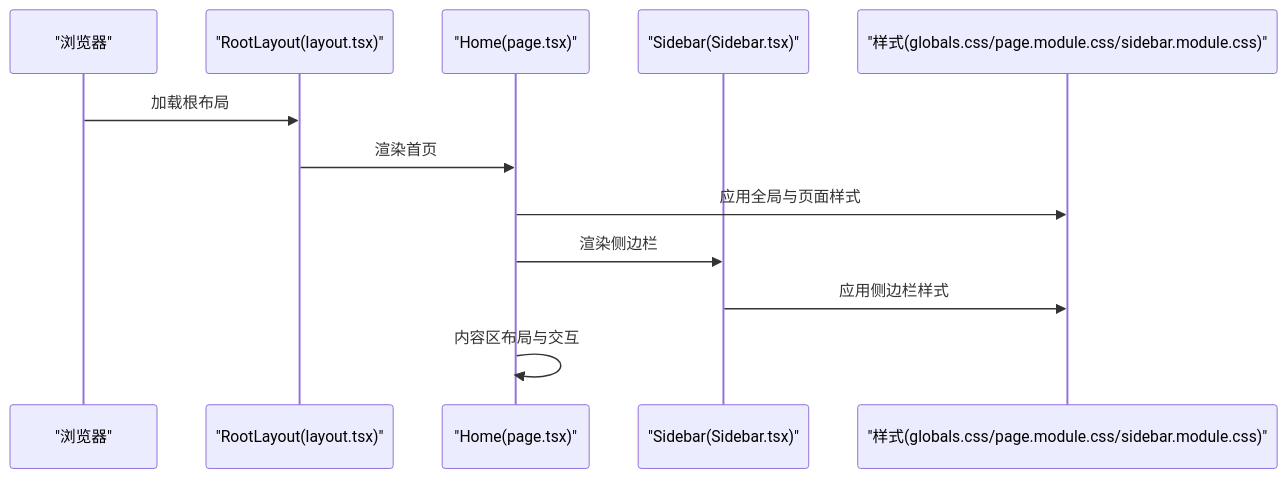
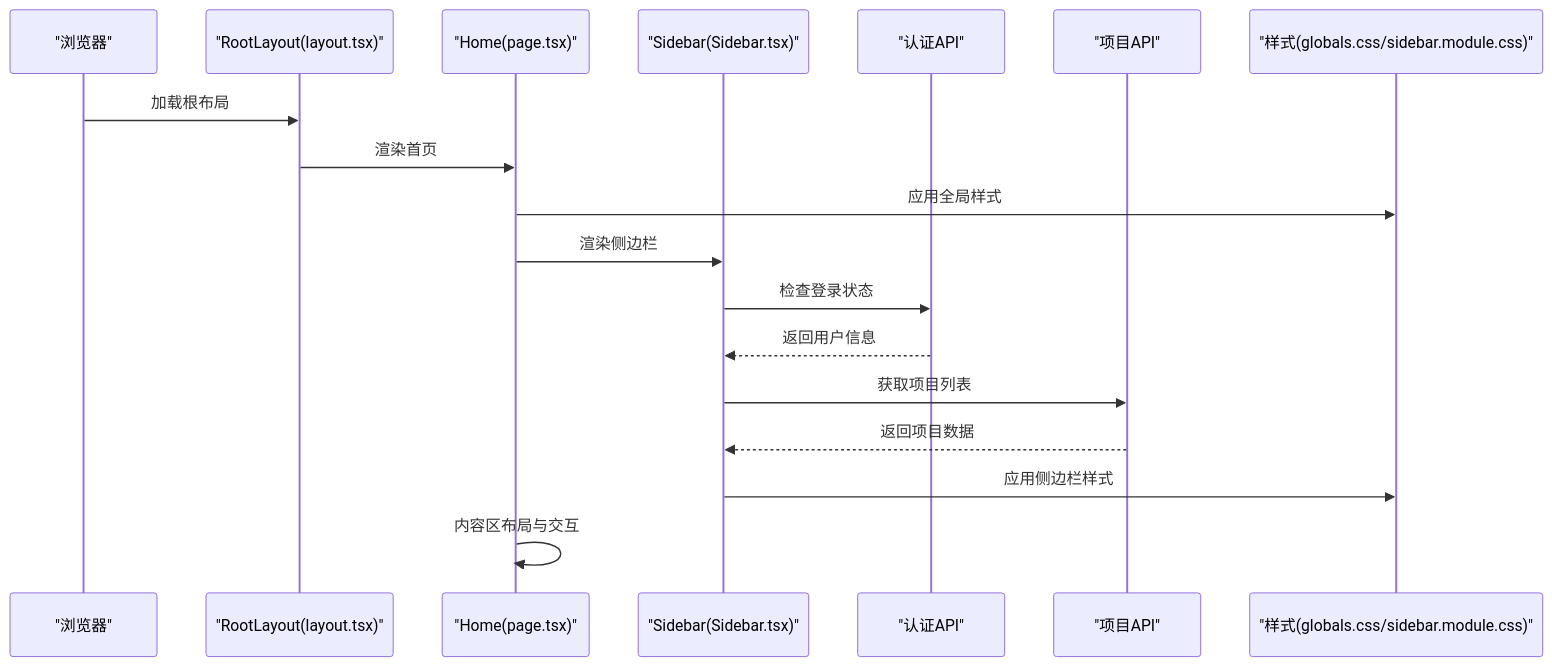
Before and after one commit to zhangdahai112/LocalManus: the second of 8 diagrams in .qoder/repowiki/zh/content/前端用户界面/Sidebar 侧边栏组件.md, drawn with Mermaid. The commit also changed other lines of this file and 4 other files, not shown here.

````diff
--- a/.qoder/repowiki/zh/content/前端用户界面/Sidebar 侧边栏组件.md
+++ b/.qoder/repowiki/zh/content/前端用户界面/Sidebar 侧边栏组件.md
@@ -88,14 +96,20 @@
 ```mermaid
 sequenceDiagram
 participant Browser as "浏览器"
 participant Layout as "RootLayout(layout.tsx)"
 participant Page as "Home(page.tsx)"
 participant Sidebar as "Sidebar(Sidebar.tsx)"
-participant Styles as "样式(globals.css/page.module.css/sidebar.module.css)"
+participant AuthAPI as "认证API"
+participant ProjectAPI as "项目API"
+participant Styles as "样式(globals.css/sidebar.module.css)"
 Browser->>Layout : 加载根布局
 Layout->>Page : 渲染首页
-Page->>Styles : 应用全局与页面样式
+Page->>Styles : 应用全局样式
 Page->>Sidebar : 渲染侧边栏
+Sidebar->>AuthAPI : 检查登录状态
+AuthAPI-->>Sidebar : 返回用户信息
+Sidebar->>ProjectAPI : 获取项目列表
+ProjectAPI-->>Sidebar : 返回项目数据
 Sidebar->>Styles : 应用侧边栏样式
 Page->>Page : 内容区布局与交互
 ```
````
